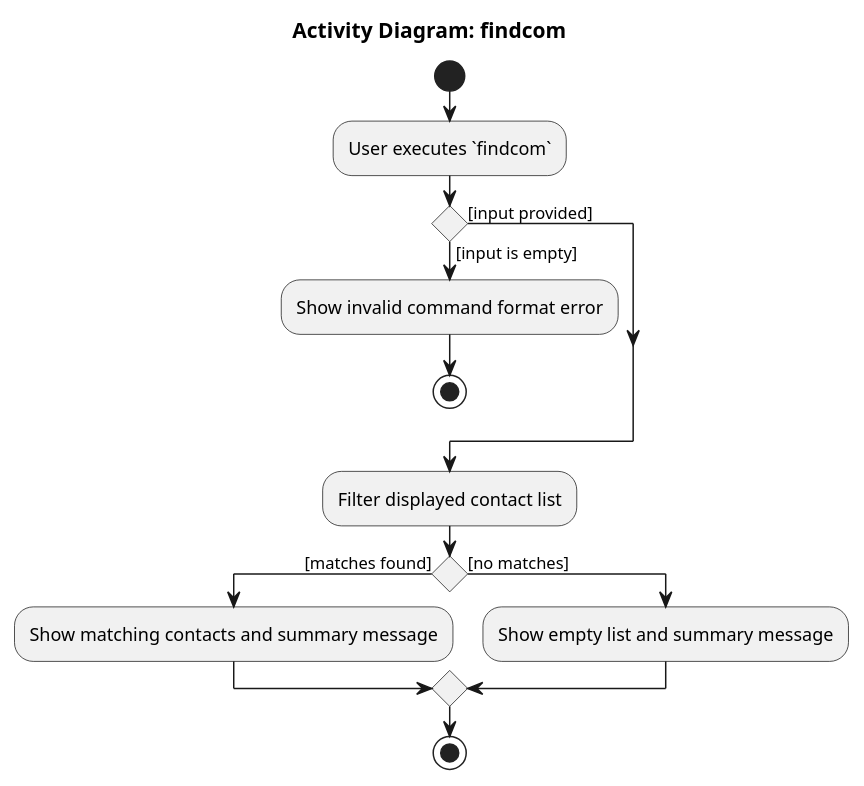
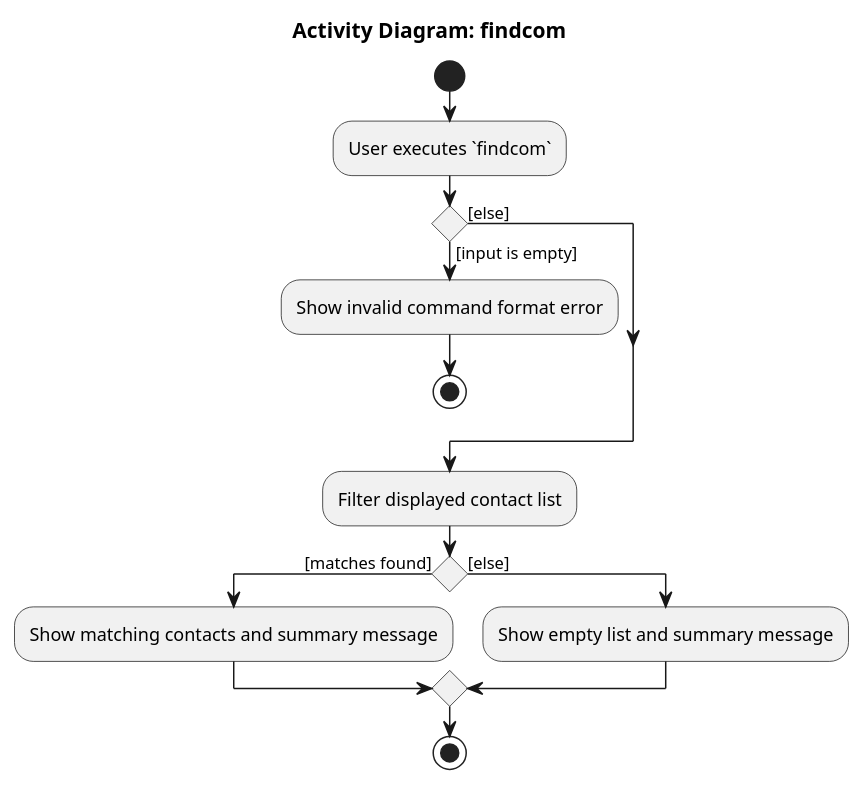
Before and after one commit to AY2526S2-CS2103-T11-1/tp: the diagram in diagrams/company/FindComActivityDiagram.puml, drawn with PlantUML. The commit also changed 40 other files, not shown here.

```diff
--- a/diagrams/company/FindComActivityDiagram.puml
+++ b/diagrams/company/FindComActivityDiagram.puml
@@ -1,23 +1,23 @@
 @startuml
 title Activity Diagram: findcom
 
 start
 
 :User executes `findcom`;
 
 if () then ([input is empty])
     :Show invalid command format error;
     stop
-else ([input provided])
+else ([else])
 endif
 
 :Filter displayed contact list;
 
 if () then ([matches found])
     :Show matching contacts and summary message;
-else ([no matches])
+else ([else])
     :Show empty list and summary message;
 endif
 
 stop
 @enduml
```
